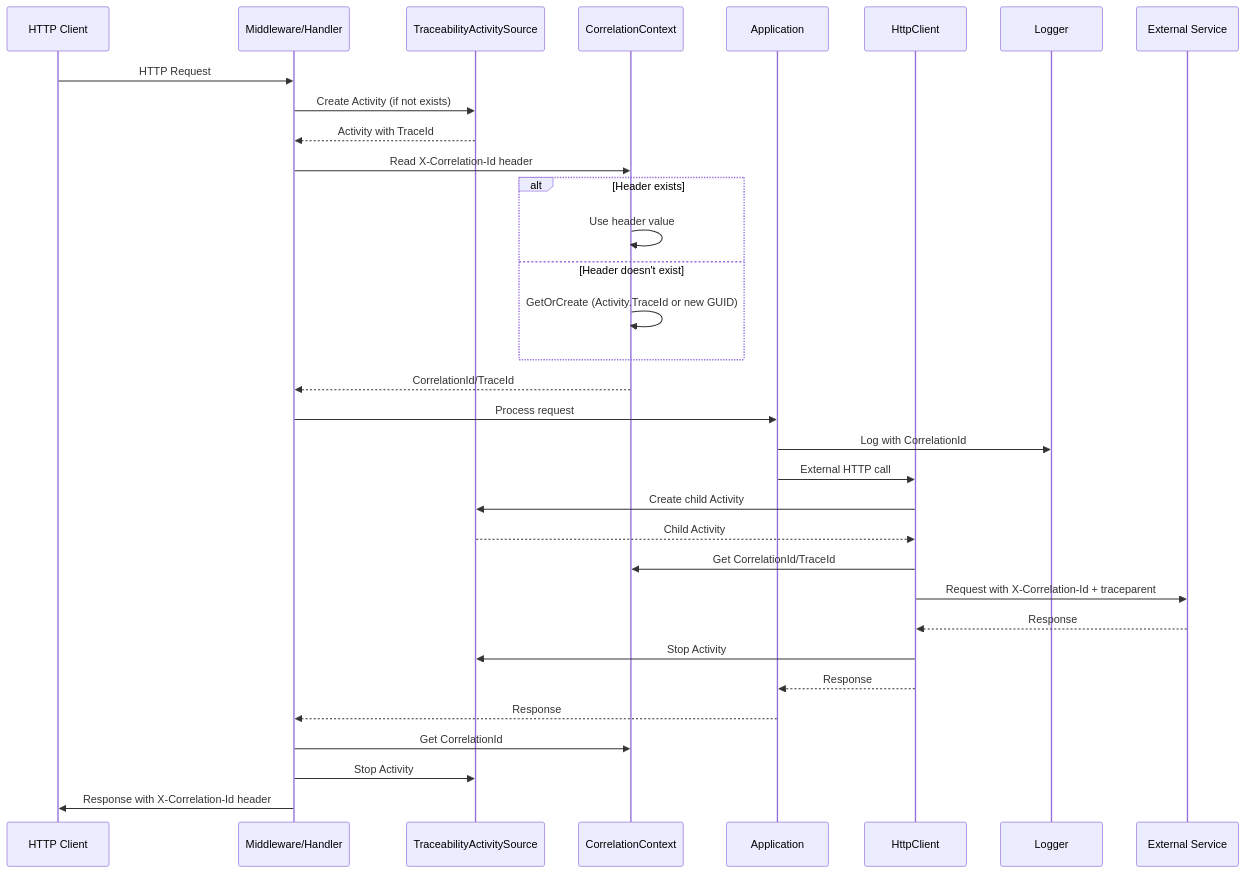
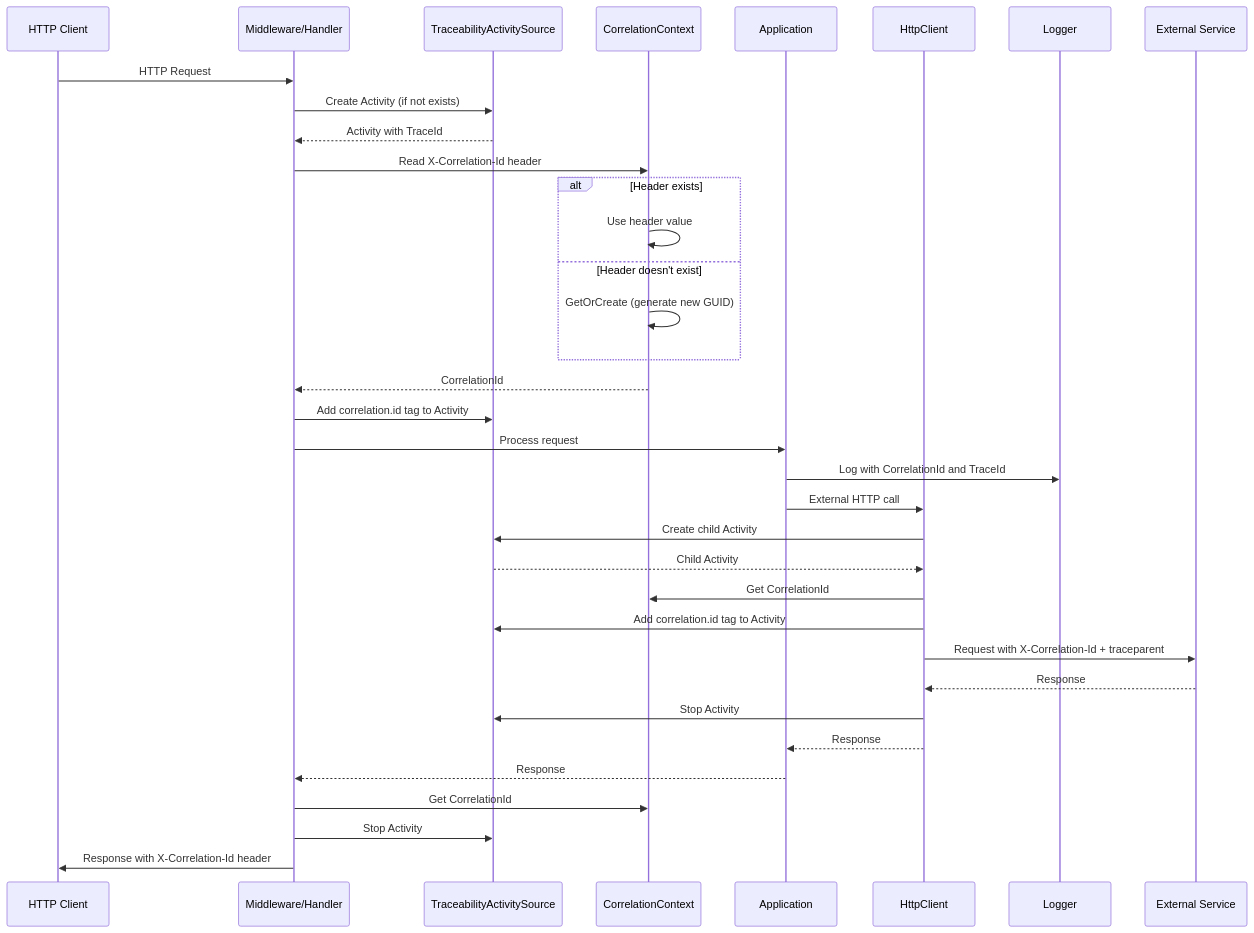
Before and after one commit to whitebeardit/traceability: the second of 8 diagrams in docs/agents/architecture.md, drawn with Mermaid. The commit also changed other lines of this file and 38 other files, not shown here.

Commit message:
feat(core): refactor correlation-id independence from trace ID (#33)

````diff
--- a/docs/agents/architecture.md
+++ b/docs/agents/architecture.md
@@ -52,36 +52,38 @@
 ```mermaid
 sequenceDiagram
     participant Client as HTTP Client
     participant Middleware as Middleware/Handler
     participant ActivitySource as TraceabilityActivitySource
     participant Context as CorrelationContext
     participant App as Application
     participant HttpClient as HttpClient
     participant Logger as Logger
     participant External as External Service
 
     Client->>Middleware: HTTP Request
     Middleware->>ActivitySource: Create Activity (if not exists)
     ActivitySource-->>Middleware: Activity with TraceId
     Middleware->>Context: Read X-Correlation-Id header
     alt Header exists
         Context->>Context: Use header value
     else Header doesn't exist
-        Context->>Context: GetOrCreate (Activity.TraceId or new GUID)
+        Context->>Context: GetOrCreate (generate new GUID)
     end
-    Context-->>Middleware: CorrelationId/TraceId
+    Context-->>Middleware: CorrelationId
+    Middleware->>ActivitySource: Add correlation.id tag to Activity
     Middleware->>App: Process request
-    App->>Logger: Log with CorrelationId
+    App->>Logger: Log with CorrelationId and TraceId
     App->>HttpClient: External HTTP call
     HttpClient->>ActivitySource: Create child Activity
     ActivitySource-->>HttpClient: Child Activity
-    HttpClient->>Context: Get CorrelationId/TraceId
+    HttpClient->>Context: Get CorrelationId
+    HttpClient->>ActivitySource: Add correlation.id tag to Activity
     HttpClient->>External: Request with X-Correlation-Id + traceparent
     External-->>HttpClient: Response
     HttpClient->>ActivitySource: Stop Activity
     HttpClient-->>App: Response
     App-->>Middleware: Response
     Middleware->>Context: Get CorrelationId
     Middleware->>ActivitySource: Stop Activity
     Middleware->>Client: Response with X-Correlation-Id header
 ```
````
